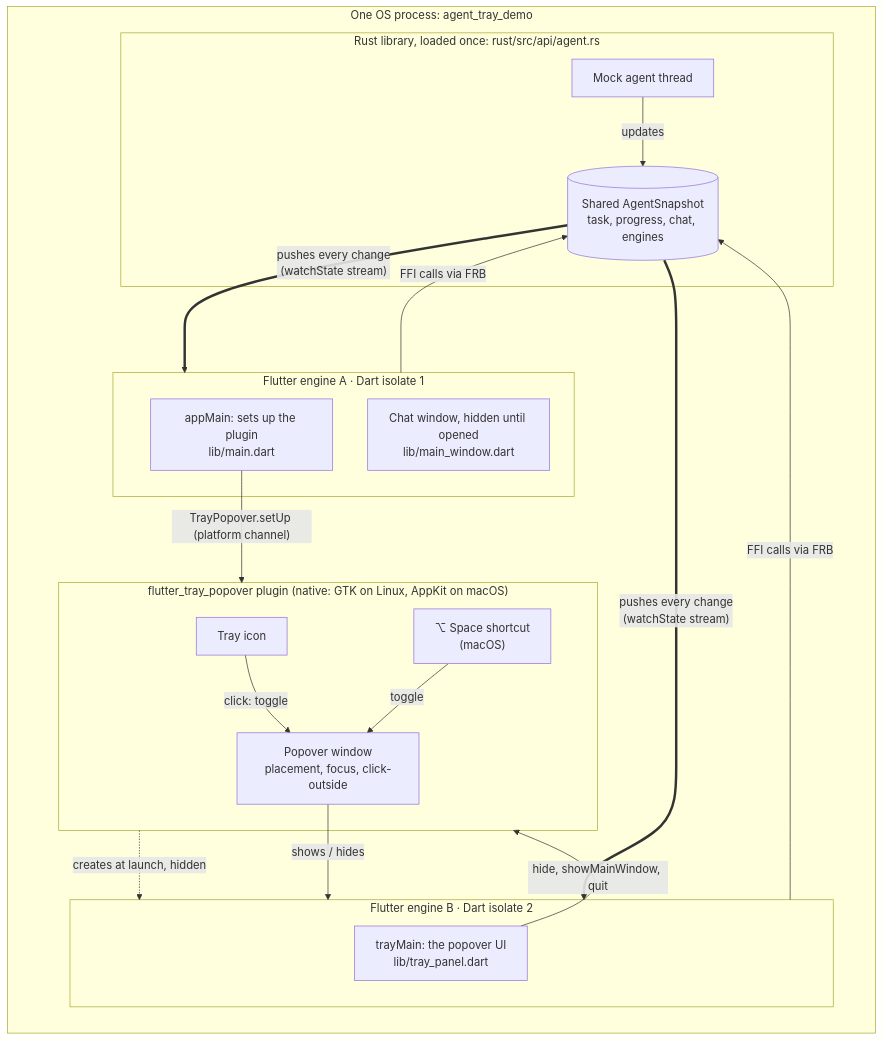
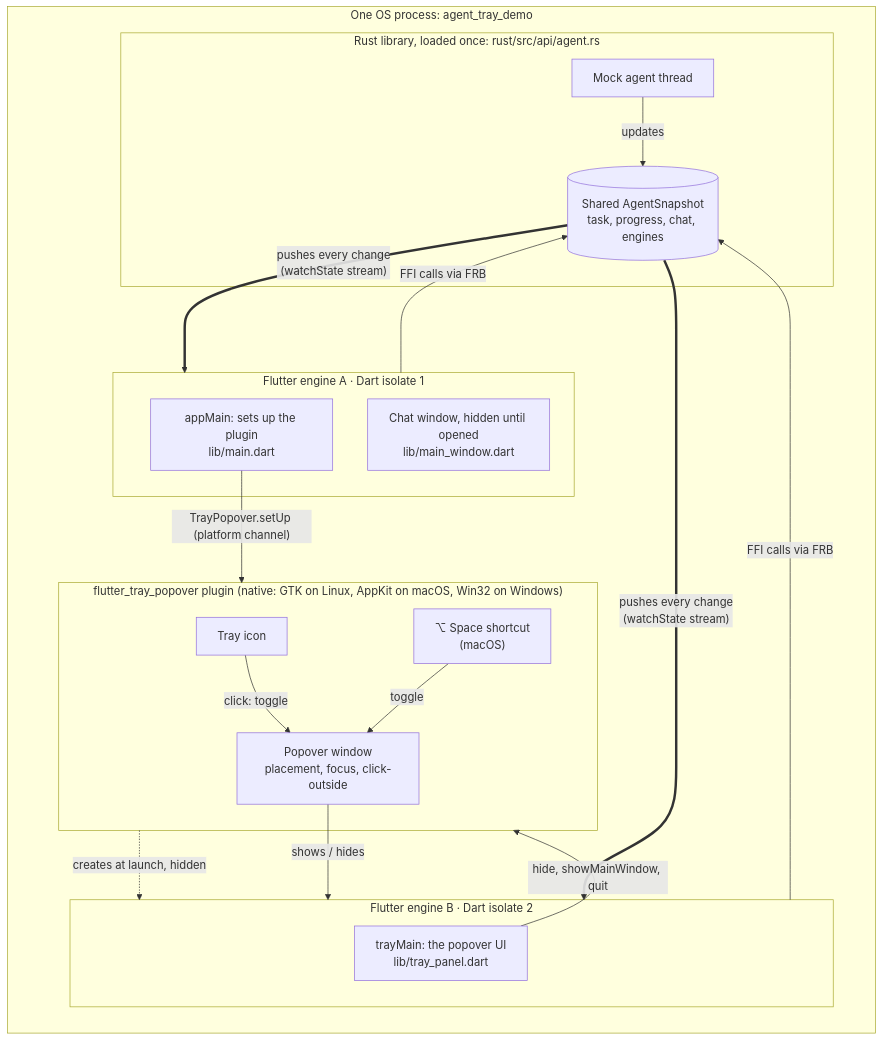
Before and after one commit to vymalo/frb-tray-spike: the first of 3 diagrams in README.md, drawn with Mermaid. The commit also changed other lines of this file and 36 other files, not shown here.

First line of the commit message:
Windows support, download-and-run scripts, macOS status

````diff
--- a/README.md
+++ b/README.md
@@ -25,34 +25,34 @@
 ```mermaid
 flowchart TB
     subgraph PROC["One OS process: agent_tray_demo"]
         direction TB
-        subgraph PLUGIN["flutter_tray_popover plugin (native: GTK on Linux, AppKit on macOS)"]
+        subgraph PLUGIN["flutter_tray_popover plugin (native: GTK on Linux, AppKit on macOS, Win32 on Windows)"]
             TRAY["Tray icon"]
             WIN["Popover window<br/>placement, focus, click-outside"]
             KEY["⌥ Space shortcut<br/>(macOS)"]
         end
         subgraph A["Flutter engine A · Dart isolate 1"]
             A1["appMain: sets up the plugin<br/>lib/main.dart"]
             A2["Chat window, hidden until opened<br/>lib/main_window.dart"]
         end
         subgraph B["Flutter engine B · Dart isolate 2"]
             B1["trayMain: the popover UI<br/>lib/tray_panel.dart"]
         end
         subgraph RUST["Rust library, loaded once: rust/src/api/agent.rs"]
             STATE[("Shared AgentSnapshot<br/>task, progress, chat, engines")]
             AGENT["Mock agent thread"]
         end
     end
 
     A1 -- "TrayPopover.setUp (platform channel)" --> PLUGIN
     PLUGIN -. "creates at launch, hidden" .-> B
     TRAY -- "click: toggle" --> WIN
     KEY -- "toggle" --> WIN
     WIN -- "shows / hides" --> B
     B1 -- "hide, showMainWindow, quit" --> PLUGIN
     A -- "FFI calls via FRB" --> STATE
     B -- "FFI calls via FRB" --> STATE
     AGENT -- "updates" --> STATE
     STATE == "pushes every change<br/>(watchState stream)" ==> A
     STATE == "pushes every change<br/>(watchState stream)" ==> B
 ```
````
